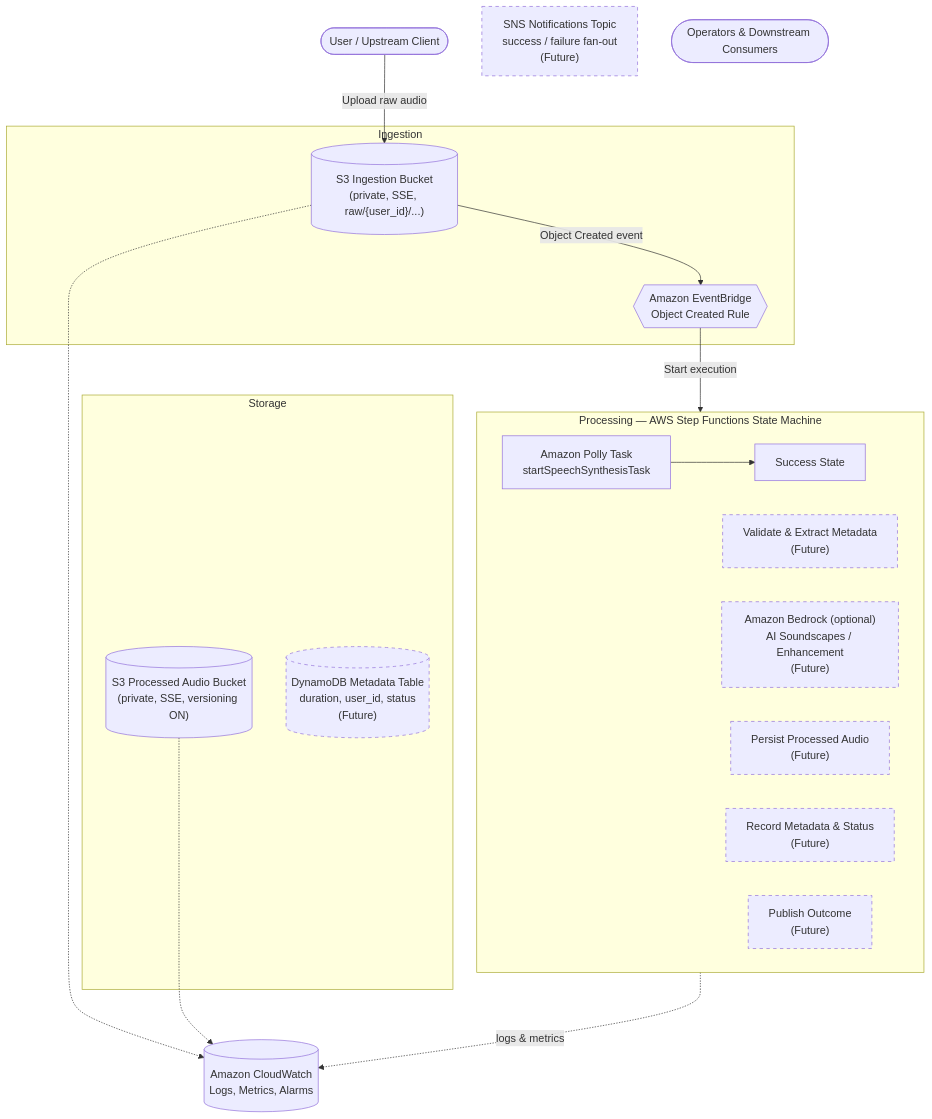
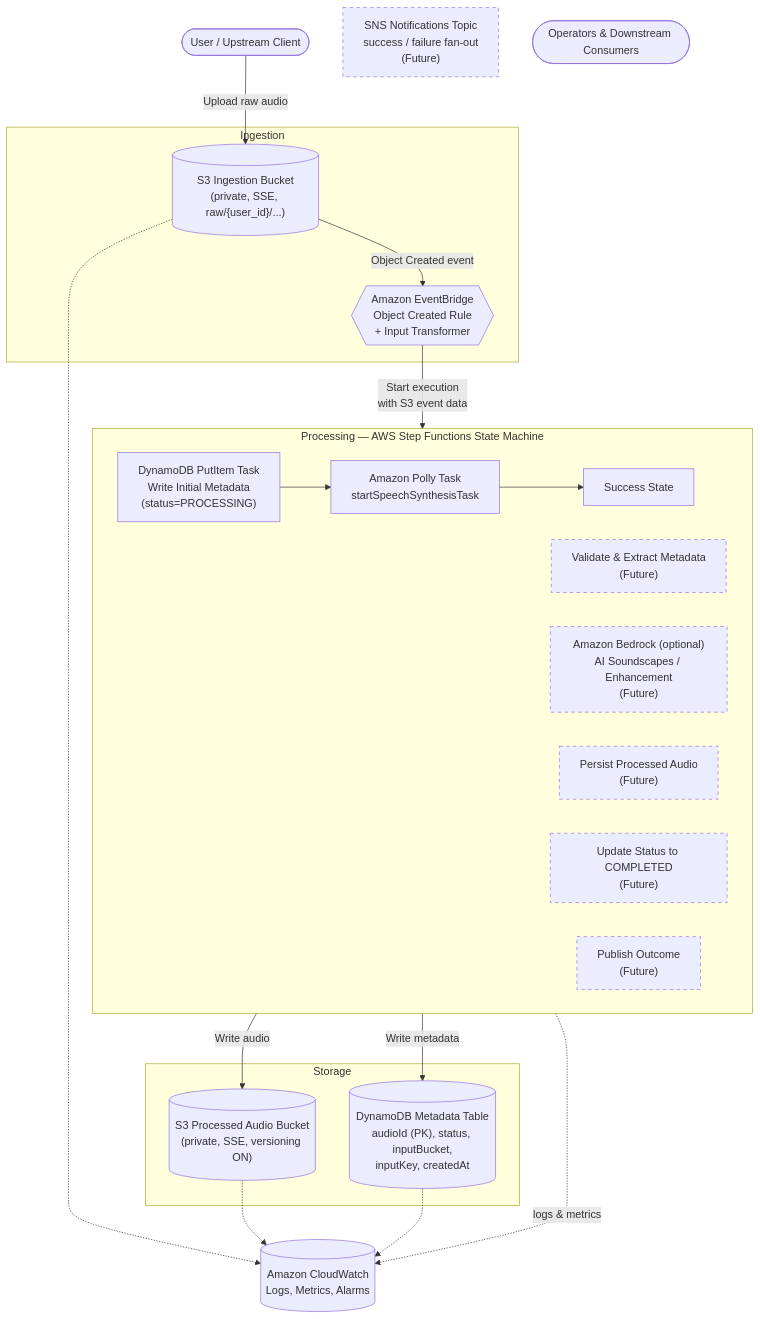
One commit to obstreperous-ai/cdk-sleep-java-copilot changed the diagram in ARCHITECTURE.md. Above: the diagram before and after it, drawn with Mermaid. The commit also changed other lines of this file, not shown here.

First line of the commit message:
docs(issue-5): update ARCHITECTURE.md with DynamoDB table and I/O flow

````diff
--- a/ARCHITECTURE.md
+++ b/ARCHITECTURE.md
@@ -68,48 +68,52 @@
 ```mermaid
 flowchart TD
     User([User / Upstream Client])
 
     subgraph Ingestion
         S3In[("S3 Ingestion Bucket<br/>(private, SSE, raw/{user_id}/...)")]
-        EB{{"Amazon EventBridge<br/>Object Created Rule"}}
+        EB{{"Amazon EventBridge<br/>Object Created Rule<br/>+ Input Transformer"}}
     end
 
     subgraph Processing["Processing — AWS Step Functions State Machine"]
         direction LR
+        PutMetadata["DynamoDB PutItem Task<br/>Write Initial Metadata<br/>(status=PROCESSING)"]
         Polly["Amazon Polly Task<br/>startSpeechSynthesisTask"]
         Success["Success State"]
+        PutMetadata --> Polly
         Polly --> Success
         
         %% Future states (not yet implemented)
         Validate["Validate & Extract Metadata<br/>(Future)"]
         Bedrock["Amazon Bedrock (optional)<br/>AI Soundscapes / Enhancement<br/>(Future)"]
         Persist["Persist Processed Audio<br/>(Future)"]
-        Catalog["Record Metadata & Status<br/>(Future)"]
+        UpdateStatus["Update Status to COMPLETED<br/>(Future)"]
         Notify["Publish Outcome<br/>(Future)"]
         
         style Validate stroke-dasharray: 5 5
         style Bedrock stroke-dasharray: 5 5
         style Persist stroke-dasharray: 5 5
-        style Catalog stroke-dasharray: 5 5
+        style UpdateStatus stroke-dasharray: 5 5
         style Notify stroke-dasharray: 5 5
     end
 
     subgraph Storage
         S3Out[("S3 Processed Audio Bucket<br/>(private, SSE, versioning ON)")]
-        DDB[("DynamoDB Metadata Table<br/>duration, user_id, status<br/>(Future)")]
-        style DDB stroke-dasharray: 5 5
+        DDB[("DynamoDB Metadata Table<br/>audioId (PK), status, inputBucket,<br/>inputKey, createdAt")]
     end
 
     SNS["SNS Notifications Topic<br/>success / failure fan-out<br/>(Future)"]
     style SNS stroke-dasharray: 5 5
     Ops([Operators & Downstream Consumers])
     CW[("Amazon CloudWatch<br/>Logs, Metrics, Alarms")]
 
     User -->|Upload raw audio| S3In
     S3In -->|Object Created event| EB
-    EB -->|Start execution| Polly
+    EB -->|Start execution<br/>with S3 event data| PutMetadata
+    PutMetadata -->|Write metadata| DDB
+    Polly -->|Write audio| S3Out
 
     Processing -.->|logs & metrics| CW
     S3In -.-> CW
     S3Out -.-> CW
+    DDB -.-> CW
 ```
````
